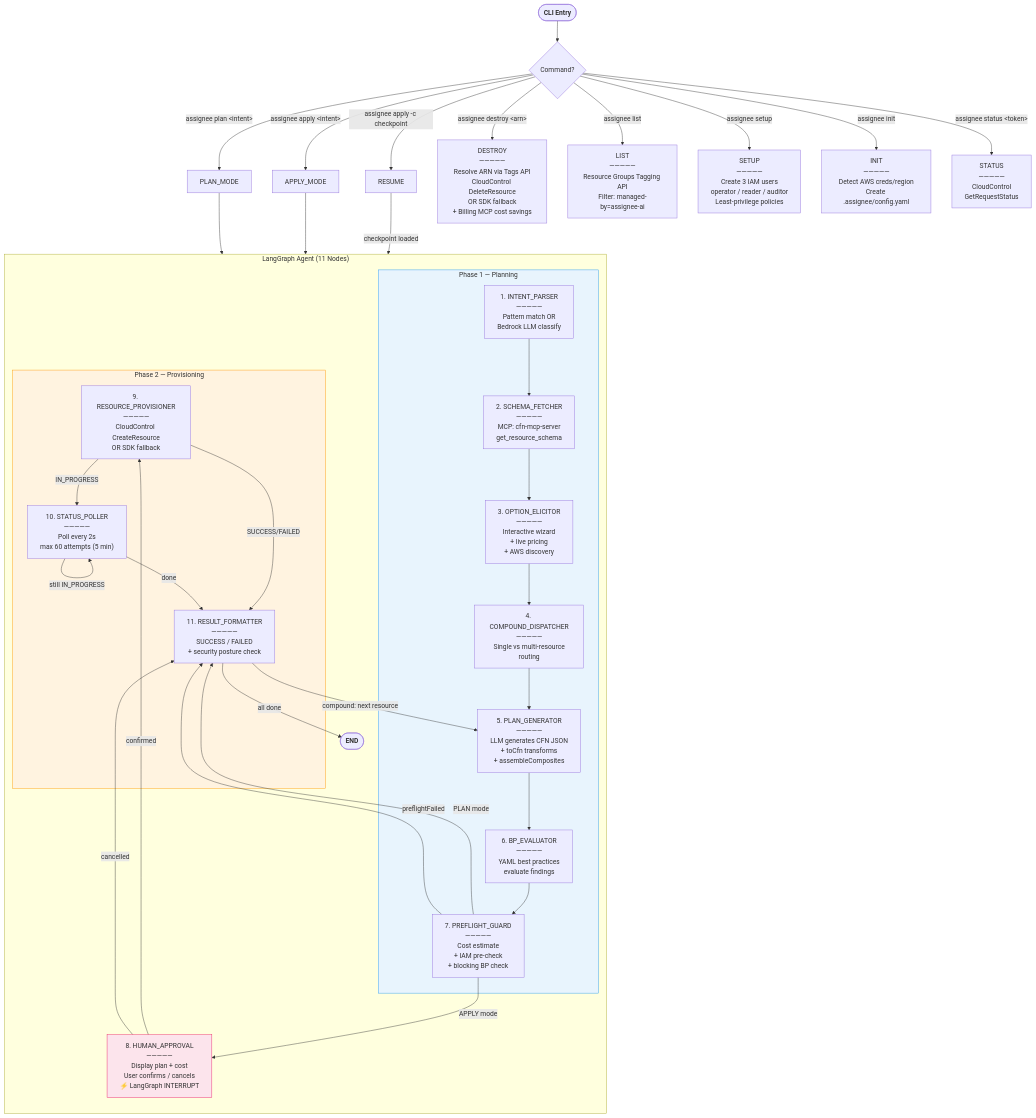
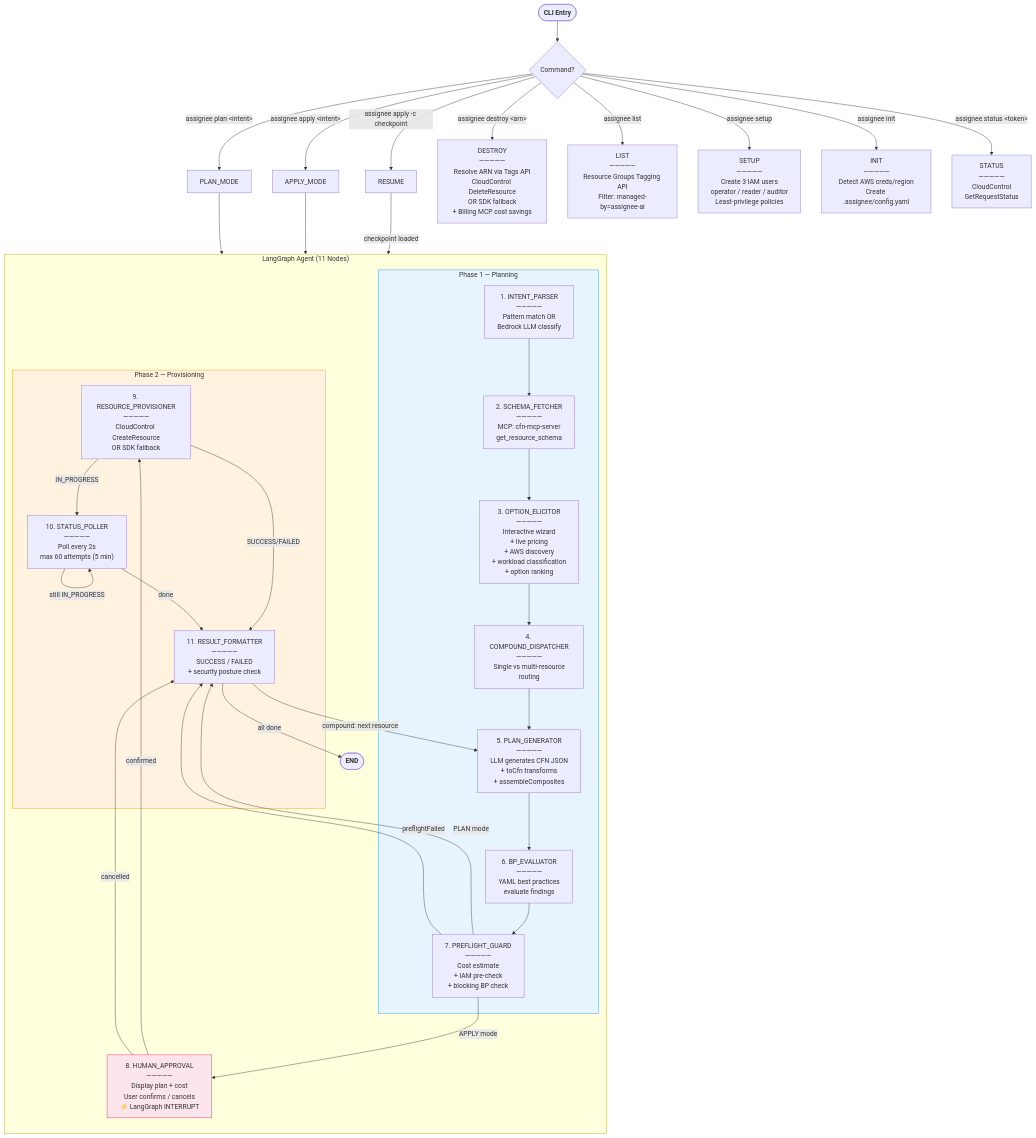
The first of 10 diagrams in docs/architecture-flows.md (SergSlon/assignee-ai), drawn with Mermaid before and after one commit. The commit also changed other lines of this file, not shown here.

First line of the commit message:
docs: rewrite architecture-flows.md to match current implementation

````diff
--- a/docs/architecture-flows.md
+++ b/docs/architecture-flows.md
@@ -9,69 +9,69 @@
 ```mermaid
 flowchart TD
     START(["`**CLI Entry**`"]) --> CMD{Command?}
 
     CMD -->|"assignee plan &lt;intent&gt;"| PLAN_MODE
     CMD -->|"assignee apply &lt;intent&gt;"| APPLY_MODE
     CMD -->|"assignee apply -c checkpoint"| RESUME
     CMD -->|"assignee destroy &lt;arn&gt;"| DESTROY
     CMD -->|"assignee list"| LIST
     CMD -->|"assignee setup"| SETUP
     CMD -->|"assignee init"| INIT
     CMD -->|"assignee status &lt;token&gt;"| STATUS
 
     subgraph GRAPH["LangGraph Agent (11 Nodes)"]
         direction TB
 
         subgraph PHASE1["Phase 1 — Planning"]
             IP["1. INTENT_PARSER<br/>—————<br/>Pattern match OR<br/>Bedrock LLM classify"]
             SF["2. SCHEMA_FETCHER<br/>—————<br/>MCP: cfn-mcp-server<br/>get_resource_schema"]
-            OE["3. OPTION_ELICITOR<br/>—————<br/>Interactive wizard<br/>+ live pricing<br/>+ AWS discovery"]
+            OE["3. OPTION_ELICITOR<br/>—————<br/>Interactive wizard<br/>+ live pricing<br/>+ AWS discovery<br/>+ workload classification<br/>+ option ranking"]
             CD["4. COMPOUND_DISPATCHER<br/>—————<br/>Single vs multi-resource<br/>routing"]
             PG["5. PLAN_GENERATOR<br/>—————<br/>LLM generates CFN JSON<br/>+ toCfn transforms<br/>+ assembleComposites"]
             BP["6. BP_EVALUATOR<br/>—————<br/>YAML best practices<br/>evaluate findings"]
             PF["7. PREFLIGHT_GUARD<br/>—————<br/>Cost estimate<br/>+ IAM pre-check<br/>+ blocking BP check"]
         end
 
         HA["8. HUMAN_APPROVAL<br/>—————<br/>Display plan + cost<br/>User confirms / cancels<br/>⚡ LangGraph INTERRUPT"]
 
         subgraph PHASE2["Phase 2 — Provisioning"]
             RP["9. RESOURCE_PROVISIONER<br/>—————<br/>CloudControl CreateResource<br/>OR SDK fallback"]
             SP["10. STATUS_POLLER<br/>—————<br/>Poll every 2s<br/>max 60 attempts (5 min)"]
             RF["11. RESULT_FORMATTER<br/>—————<br/>SUCCESS / FAILED<br/>+ security posture check"]
         end
 
         IP --> SF --> OE --> CD --> PG --> BP --> PF
 
         PF -->|"PLAN mode"| RF
         PF -->|"APPLY mode"| HA
         PF -->|"preflightFailed"| RF
 
         HA -->|"confirmed"| RP
         HA -->|"cancelled"| RF
 
         RP -->|"IN_PROGRESS"| SP
         RP -->|"SUCCESS/FAILED"| RF
 
         SP -->|"still IN_PROGRESS"| SP
         SP -->|"done"| RF
 
         RF -->|"compound: next resource"| PG
         RF -->|"all done"| DONE
     end
 
     PLAN_MODE --> IP
     APPLY_MODE --> IP
     RESUME -->|"checkpoint loaded"| HA
 
     DESTROY["DESTROY<br/>—————<br/>Resolve ARN via Tags API<br/>CloudControl DeleteResource<br/>OR SDK fallback<br/>+ Billing MCP cost savings"]
     LIST["LIST<br/>—————<br/>Resource Groups Tagging API<br/>Filter: managed-by=assignee-ai"]
     SETUP["SETUP<br/>—————<br/>Create 3 IAM users<br/>operator / reader / auditor<br/>Least-privilege policies"]
     INIT["INIT<br/>—————<br/>Detect AWS creds/region<br/>Create .assignee/config.yaml"]
     STATUS["STATUS<br/>—————<br/>CloudControl<br/>GetRequestStatus"]
 
     DONE(["`**END**`"])
 
     style PHASE1 fill:#e8f4fd,stroke:#2196F3
     style PHASE2 fill:#fff3e0,stroke:#FF9800
     style HA fill:#fce4ec,stroke:#E91E63
 ```
````
